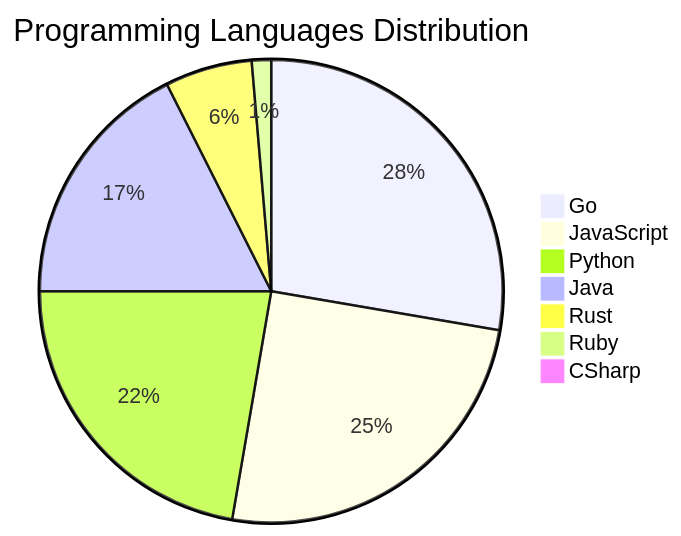
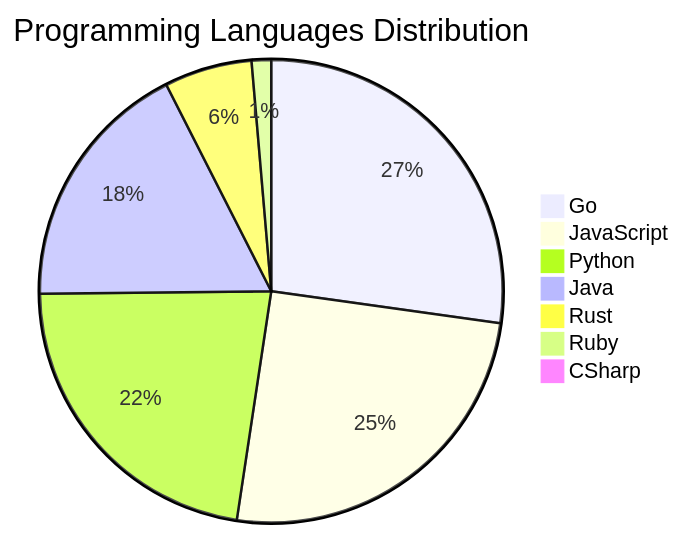
One commit to Derrick-MUGISHA/github-activity-bot changed the diagram in README.md. Above: the diagram before and after it, drawn with Mermaid. The commit also changed other lines of this file and 4 other files, not shown here.

````diff
--- a/README.md
+++ b/README.md
@@ -207,10 +207,10 @@
 ```mermaid
 pie title Programming Languages Distribution
-    "Go" : 41
+    "Go" : 40
     "JavaScript" : 37
     "Python" : 33
     "Java" : 26
     "Rust" : 9
     "Ruby" : 2
     "CSharp" : 1
 ```
````
